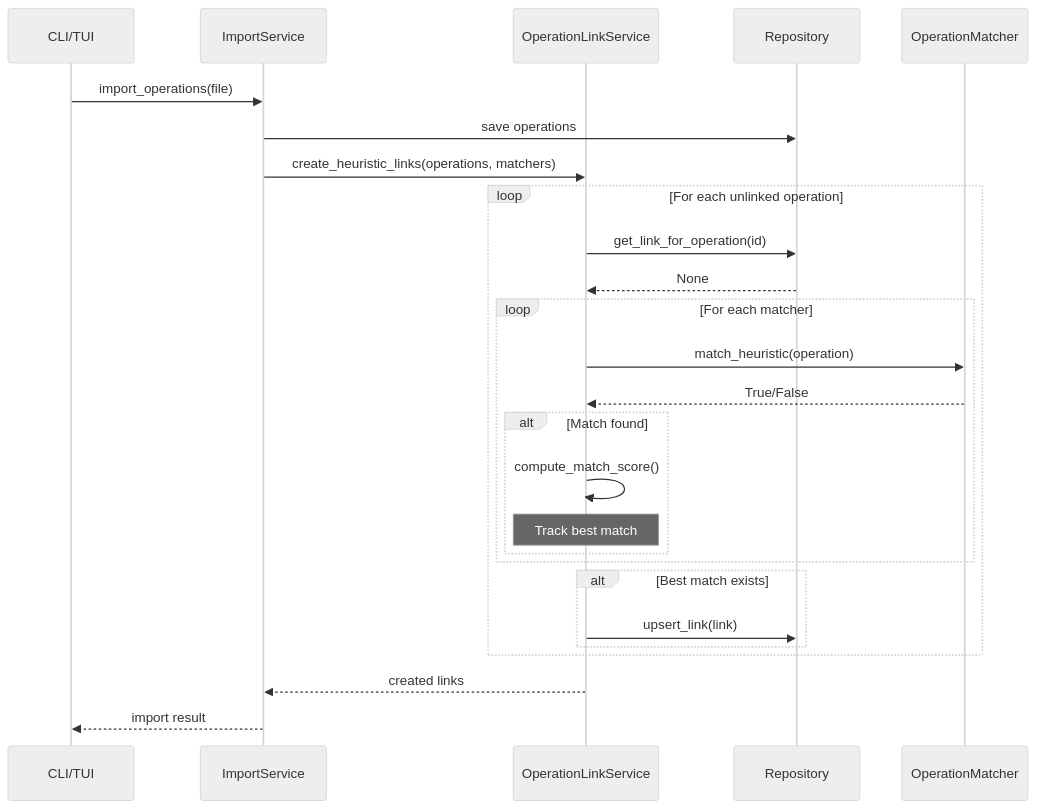
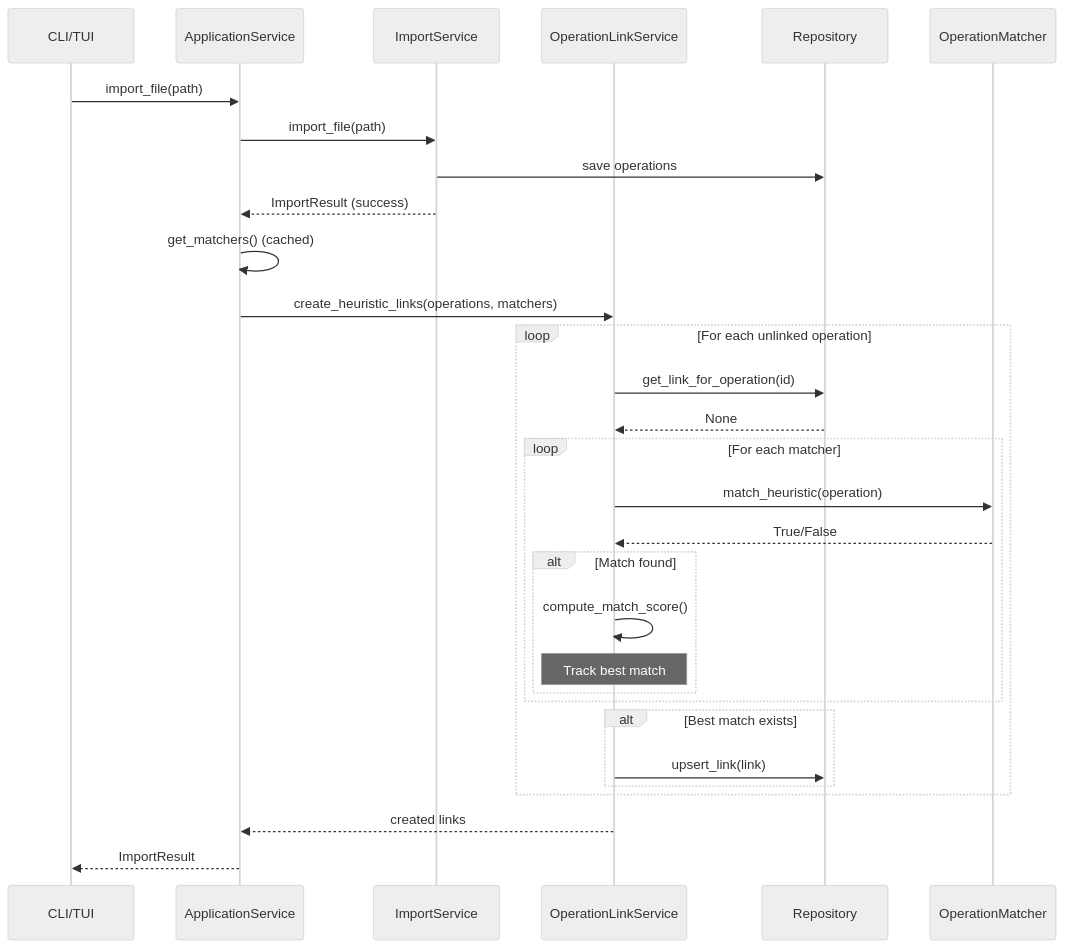
One commit to corentin-core/budget-forecaster changed the fourth of 8 diagrams in docs/dev/operation-links.md. Above: the diagram before and after it, drawn with Mermaid (neutral theme). The commit also changed other lines of this file and 30 other files, not shown here.

First line of the commit message:
feat: introduce ApplicationService as central orchestrator (#71) (#89)

````diff
--- a/docs/dev/operation-links.md
+++ b/docs/dev/operation-links.md
@@ -258,34 +310,39 @@
 ```mermaid
 sequenceDiagram
     participant CLI as CLI/TUI
+    participant AS as ApplicationService
     participant IS as ImportService
     participant OLS as OperationLinkService
     participant Repo as Repository
     participant OM as OperationMatcher
 
-    CLI->>IS: import_operations(file)
+    CLI->>AS: import_file(path)
+    AS->>IS: import_file(path)
     IS->>Repo: save operations
-    IS->>OLS: create_heuristic_links(operations, matchers)
+    IS-->>AS: ImportResult (success)
+
+    AS->>AS: get_matchers() (cached)
+    AS->>OLS: create_heuristic_links(operations, matchers)
 
     loop For each unlinked operation
         OLS->>Repo: get_link_for_operation(id)
         Repo-->>OLS: None
 
         loop For each matcher
             OLS->>OM: match_heuristic(operation)
             OM-->>OLS: True/False
 
             alt Match found
                 OLS->>OLS: compute_match_score()
                 Note over OLS: Track best match
             end
         end
 
         alt Best match exists
             OLS->>Repo: upsert_link(link)
         end
     end
 
-    OLS-->>IS: created links
-    IS-->>CLI: import result
+    OLS-->>AS: created links
+    AS-->>CLI: ImportResult
 ```
````
